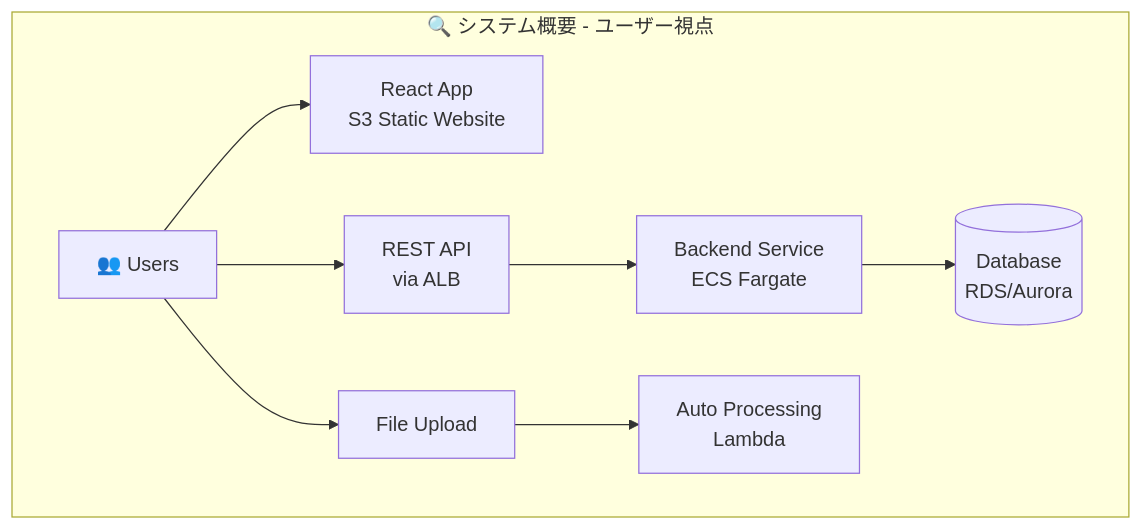
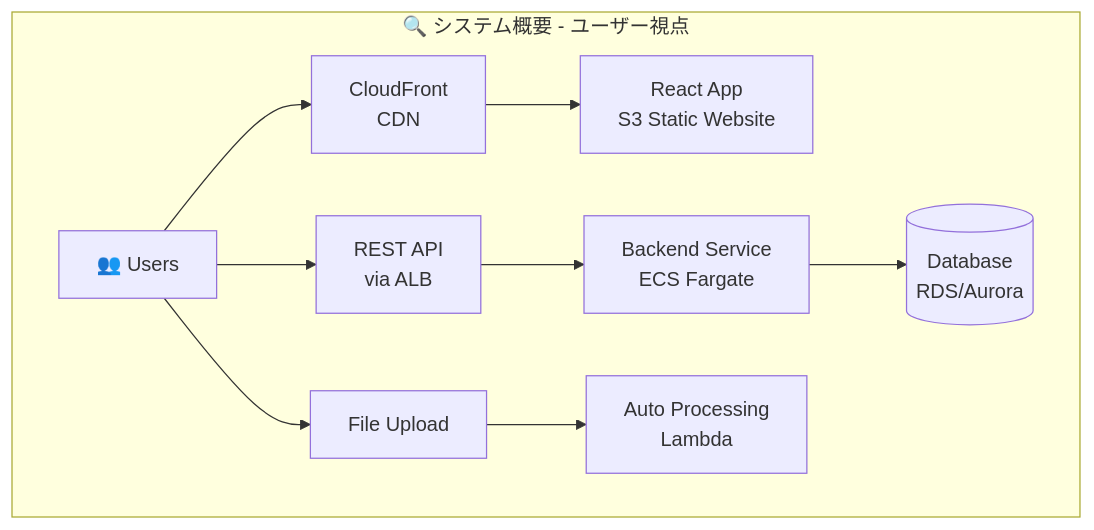
Before and after one commit to k-gitest/terraform-localstack-aws: the second of 4 diagrams in README.md, drawn with Mermaid. The commit also changed other lines of this file and 61 other files, not shown here.

````diff
--- a/README.md
+++ b/README.md
@@ -156,12 +192,13 @@
 ```mermaid
 graph TB
     subgraph "🔍 システム概要 - ユーザー視点"
-        Users[👥 Users] --> Frontend[React App<br/>S3 Static Website]
+        Users[👥 Users] --> CloudFront[CloudFront<br/>CDN]
+        CloudFront --> Frontend[React App<br/>S3 Static Website]
         Users --> API[REST API<br/>via ALB]
         API --> Backend[Backend Service<br/>ECS Fargate]
         Backend --> Database[(Database<br/>RDS/Aurora)]
         
         Users --> Upload[File Upload]
         Upload --> Processing[Auto Processing<br/>Lambda]
     end
 ```
````
